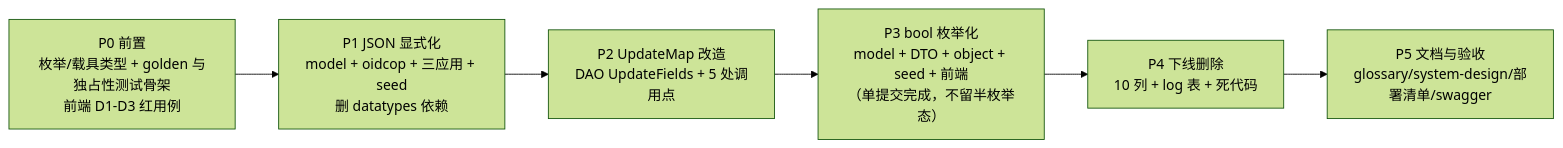
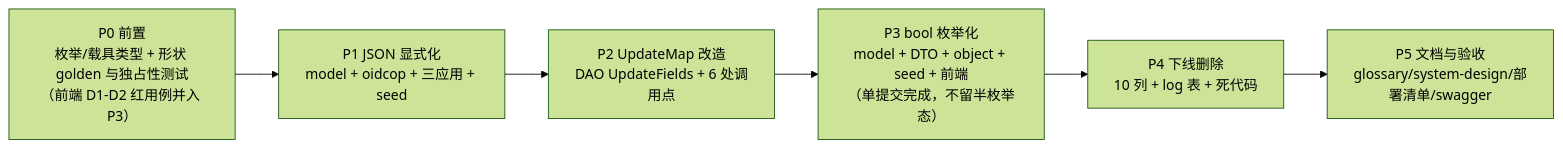
One commit to morehao/ark-iam changed the diagram in docs/design/model-type-hardening-design-20260917.md. Above: the diagram before and after it, drawn with Mermaid (forest theme). The commit also changed other lines of this file and 193 other files, not shown here.

Commit message:
refactor(model): enforce explicit json and enum column types

````diff
--- a/docs/design/model-type-hardening-design-20260917.md
+++ b/docs/design/model-type-hardening-design-20260917.md
@@ -587,8 +621,8 @@
 ```mermaid
 flowchart LR
-    P0["P0 前置<br>枚举/载具类型 + golden 与独占性测试骨架<br>前端 D1-D3 红用例"] --> P1["P1 JSON 显式化<br>model + oidcop + 三应用 + seed<br>删 datatypes 依赖"]
-    P1 --> P2["P2 UpdateMap 改造<br>DAO UpdateFields + 5 处调用点"]
+    P0["P0 前置<br>枚举/载具类型 + 形状 golden 与独占性测试<br>（前端 D1-D2 红用例并入 P3）"] --> P1["P1 JSON 显式化<br>model + oidcop + 三应用 + seed"]
+    P1 --> P2["P2 UpdateMap 改造<br>DAO UpdateFields + 6 处调用点"]
     P2 --> P3["P3 bool 枚举化<br>model + DTO + object + seed + 前端<br>（单提交完成，不留半枚举态）"]
     P3 --> P4["P4 下线删除<br>10 列 + log 表 + 死代码"]
     P4 --> P5["P5 文档与验收<br>glossary/system-design/部署清单/swagger"]
 ```
````
